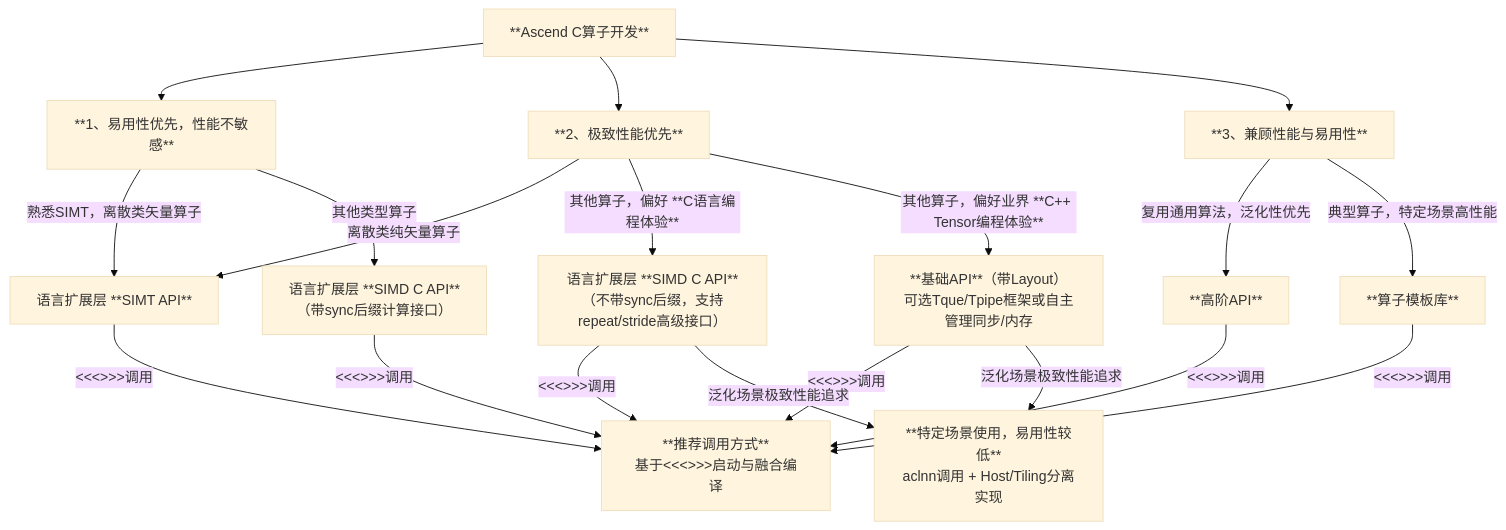
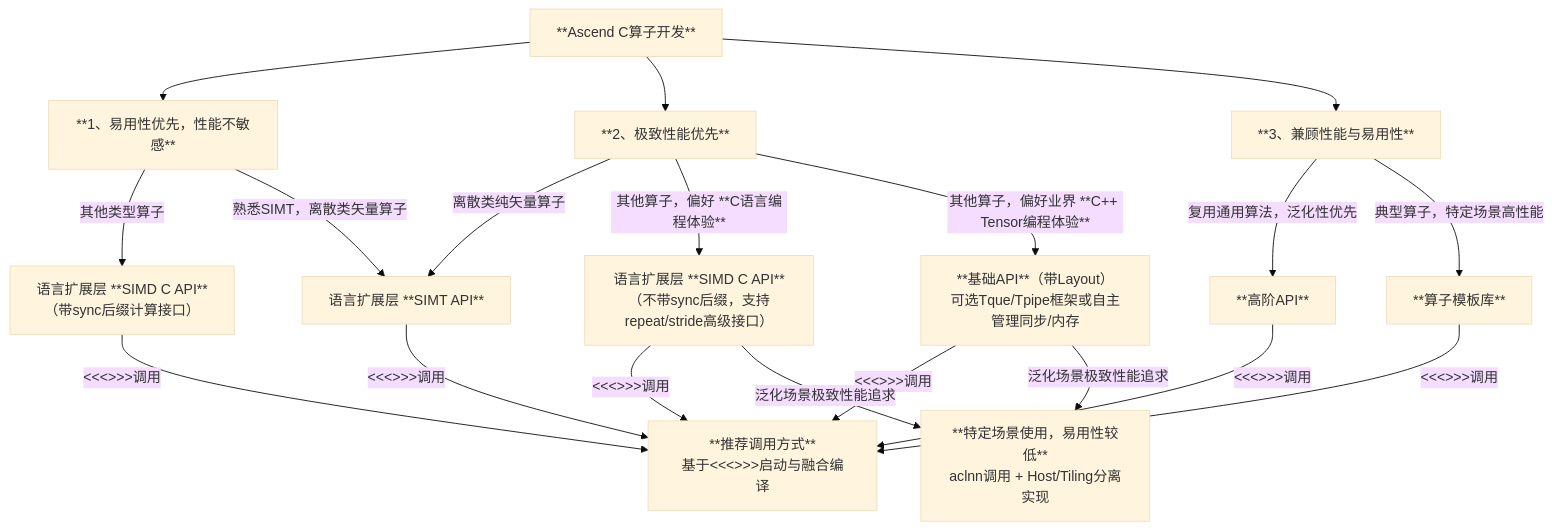
The diagram in docs/asc_how_to_choose_api.md (qingshangyan12/asc-devkit_clone), drawn with Mermaid (base theme) before and after one commit.

Commit message:
update how to choose asc api guide

````diff
--- a/docs/asc_how_to_choose_api.md
+++ b/docs/asc_how_to_choose_api.md
@@ -31,26 +31,24 @@
 ```mermaid
 graph TD
     A[**Ascend C算子开发**] --> B[**1、易用性优先，性能不敏感**]
     A --> C[**2、极致性能优先**]
     A --> D[**3、兼顾性能与易用性**]
-    
-    B -->|熟悉SIMT，离散类矢量算子| E[语言扩展层 **SIMT API**]
-    B -->|其他类型算子| F[语言扩展层 **SIMD C API**<br>（带sync后缀计算接口）]
-    
-    C -->|离散类纯矢量算子| E
+    B -->|其他类型算子| E[语言扩展层 **SIMD C API**<br>（带sync后缀计算接口）]
+    B -->|熟悉SIMT，离散类矢量算子| F[语言扩展层 **SIMT API**]
+    C -->|离散类纯矢量算子| F
     C -->|其他算子，偏好 **C语言编程体验**| P[语言扩展层 **SIMD C API**<br>（不带sync后缀，支持repeat/stride高级接口）]
     C -->|其他算子，偏好业界 **C++ Tensor编程体验**| I[**基础API**（带Layout）<br>可选Tque/Tpipe框架或自主管理同步/内存]
     
     D -->|复用通用算法，泛化性优先| K[**高阶API**]
     D -->|典型算子，特定场景高性能| L[**算子模板库**]
     
     E --> |<<<>>>调用| M[**推荐调用方式**<br>基于<<<>>>启动与融合编译]
     P --> |<<<>>>调用| M
     F --> |<<<>>>调用| M
     I --> |<<<>>>调用| M
     K --> |<<<>>>调用| M
     L --> |<<<>>>调用| M
     
     I --> |泛化场景极致性能追求| N[**特定场景使用，易用性较低**<br>aclnn调用 + Host/Tiling分离实现]
     P --> |泛化场景极致性能追求| N
 ```
````
